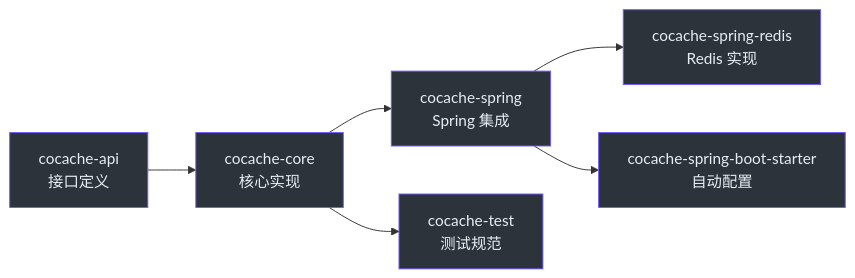
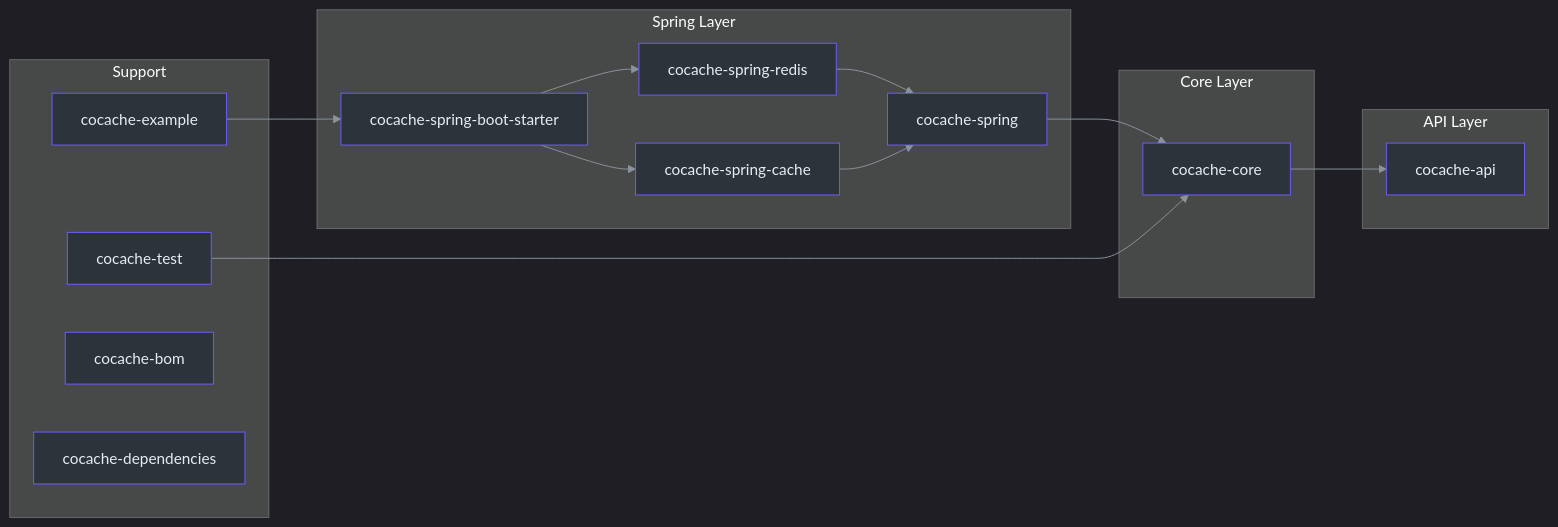
The second of 6 diagrams in wiki/zh/onboarding/contributor.md (Ahoo-Wang/CoCache), drawn with Mermaid before and after one commit. The commit also changed other lines of this file and 3 other files, not shown here.

````diff
--- a/wiki/zh/onboarding/contributor.md
+++ b/wiki/zh/onboarding/contributor.md
@@ -53,15 +268,45 @@
 ```mermaid
+%%{init: {'theme': 'dark', 'themeVariables': {'primaryColor': '#2d333b', 'primaryBorderColor': '#6d5dfc', 'primaryTextColor': '#e6edf3', 'lineColor': '#8b949e', 'subgraphBgColor': '#161b22'}}}%%
 graph LR
-    API["cocache-api<br>接口定义"] --> Core["cocache-core<br>核心实现"]
-    Core --> Spring["cocache-spring<br>Spring 集成"]
-    Spring --> Redis["cocache-spring-redis<br>Redis 实现"]
-    Spring --> Starter["cocache-spring-boot-starter<br>自动配置"]
-    Core --> Test["cocache-test<br>测试规范"]
+    subgraph sg_63 ["API Layer"]
+        API["cocache-api"]
+    end
+
+    subgraph sg_64 ["Core Layer"]
+        CORE["cocache-core"]
+    end
+
+    subgraph sg_65 ["Spring Layer"]
+        SPRING["cocache-spring"]
+        REDIS["cocache-spring-redis"]
+        SCACHE["cocache-spring-cache"]
+        STARTER["cocache-spring-boot-starter"]
+    end
+
+    subgraph sg_66 ["Support"]
+        TEST["cocache-test"]
+        EXAMPLE["cocache-example"]
+        BOM["cocache-bom"]
+        DEPS["cocache-dependencies"]
+    end
+
+    CORE --> API
+    SPRING --> CORE
+    REDIS --> SPRING
+    SCACHE --> SPRING
+    STARTER --> REDIS
+    STARTER --> SCACHE
+    TEST --> CORE
+    EXAMPLE --> STARTER
 
     style API fill:#2d333b,stroke:#6d5dfc,color:#e6edf3
-    style Core fill:#2d333b,stroke:#6d5dfc,color:#e6edf3
-    style Spring fill:#2d333b,stroke:#6d5dfc,color:#e6edf3
-    style Redis fill:#2d333b,stroke:#6d5dfc,color:#e6edf3
-    style Starter fill:#2d333b,stroke:#6d5dfc,color:#e6edf3
-    style Test fill:#2d333b,stroke:#6d5dfc,color:#e6edf3
+    style CORE fill:#2d333b,stroke:#6d5dfc,color:#e6edf3
+    style SPRING fill:#2d333b,stroke:#6d5dfc,color:#e6edf3
+    style REDIS fill:#2d333b,stroke:#6d5dfc,color:#e6edf3
+    style SCACHE fill:#2d333b,stroke:#6d5dfc,color:#e6edf3
+    style STARTER fill:#2d333b,stroke:#6d5dfc,color:#e6edf3
+    style TEST fill:#2d333b,stroke:#6d5dfc,color:#e6edf3
+    style EXAMPLE fill:#2d333b,stroke:#6d5dfc,color:#e6edf3
+    style BOM fill:#2d333b,stroke:#6d5dfc,color:#e6edf3
+    style DEPS fill:#2d333b,stroke:#6d5dfc,color:#e6edf3
 ```
````
